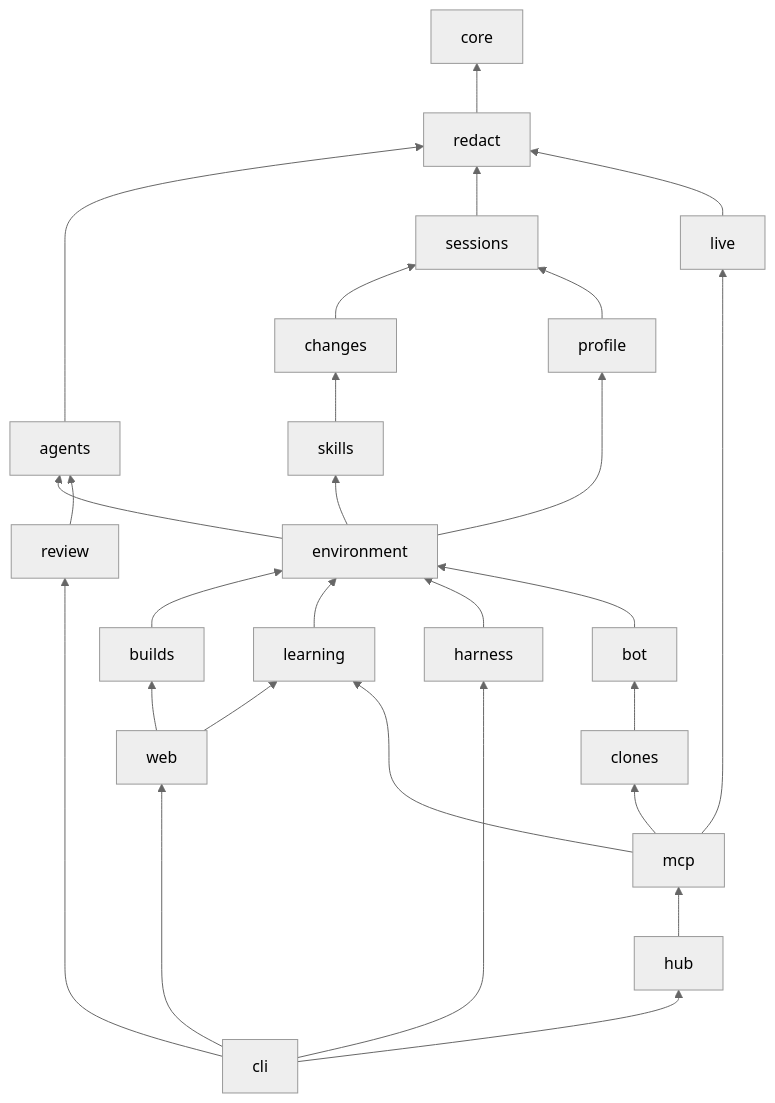
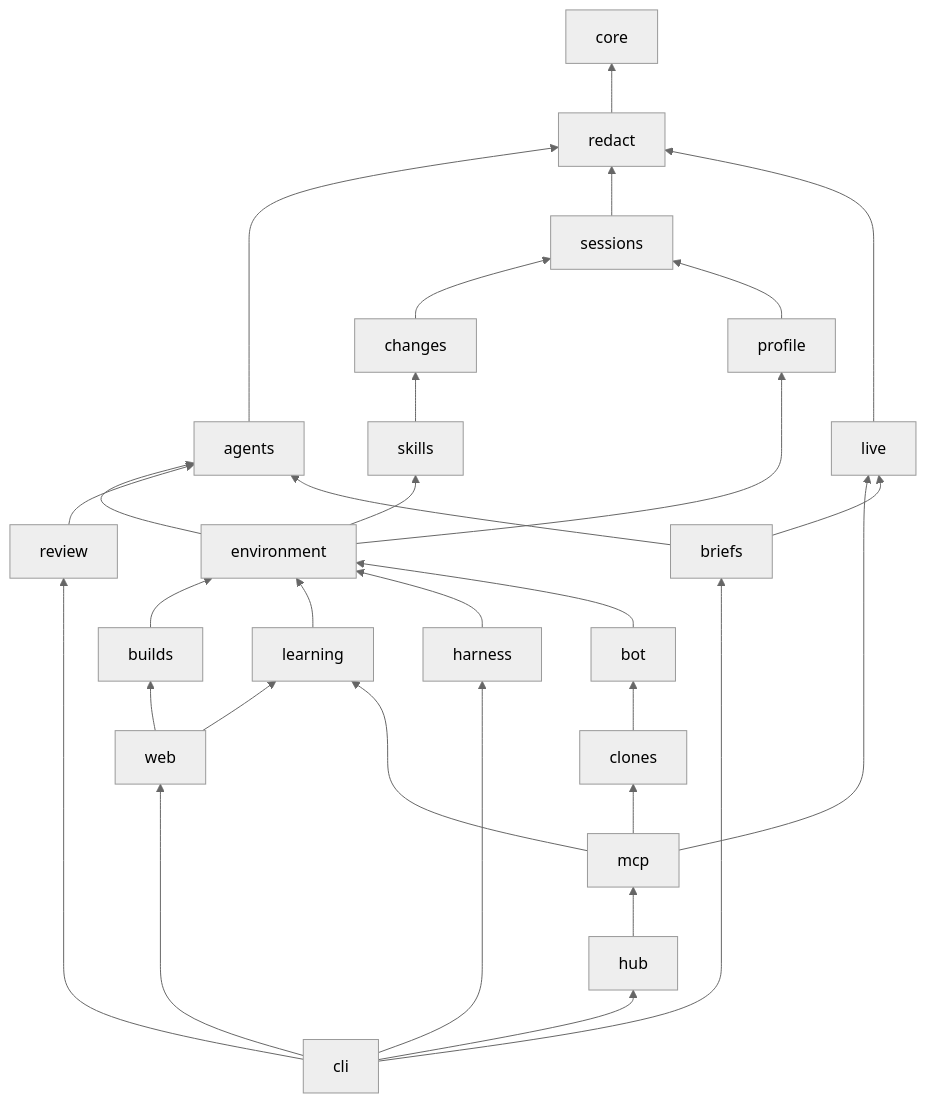
The first of 2 diagrams in docs/architecture/README.md (theonly1me/shadowclone), drawn with Mermaid (neutral theme) before and after one commit. The commit also changed other lines of this file and 5 other files, not shown here.

Commit message:
docs(live): document task briefs and their data handling

````diff
--- a/docs/architecture/README.md
+++ b/docs/architecture/README.md
@@ -39,29 +40,32 @@
 ```mermaid
 graph BT
   redact --> core
   agents --> redact
   sessions --> redact
   changes --> sessions
   skills --> changes
   profile --> sessions
   environment --> profile
   environment --> skills
   environment --> agents
   builds --> environment
   learning --> environment
   harness --> environment
   review --> agents
   bot --> environment
   web --> builds
   web --> learning
   mcp --> learning
   clones --> bot
   mcp --> clones
   hub --> mcp
   live --> redact
   mcp --> live
+  briefs --> live
+  briefs --> agents
+  cli --> briefs
   cli --> hub
   cli --> web
   cli --> harness
   cli --> review
 ```
````
